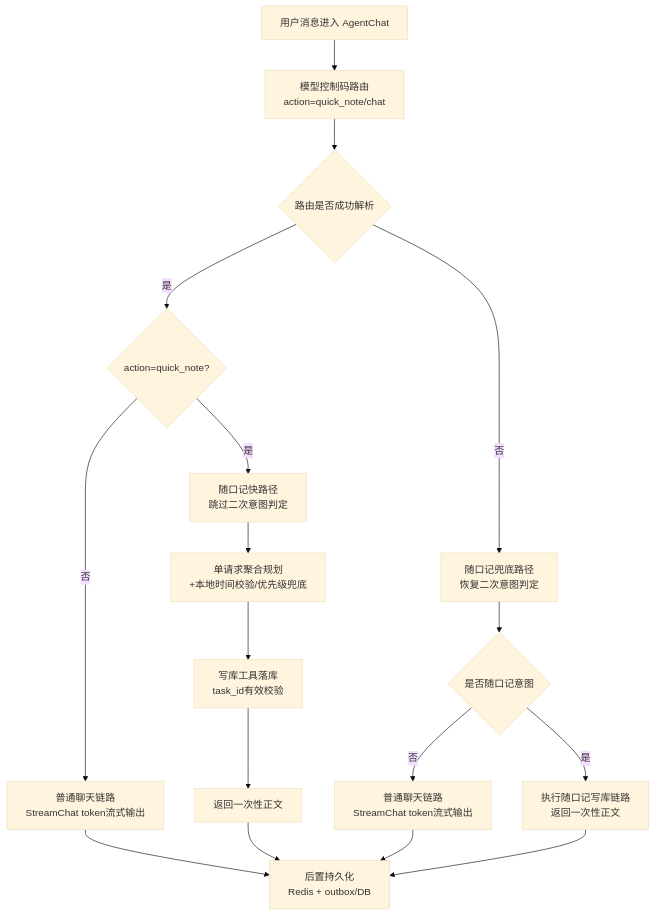
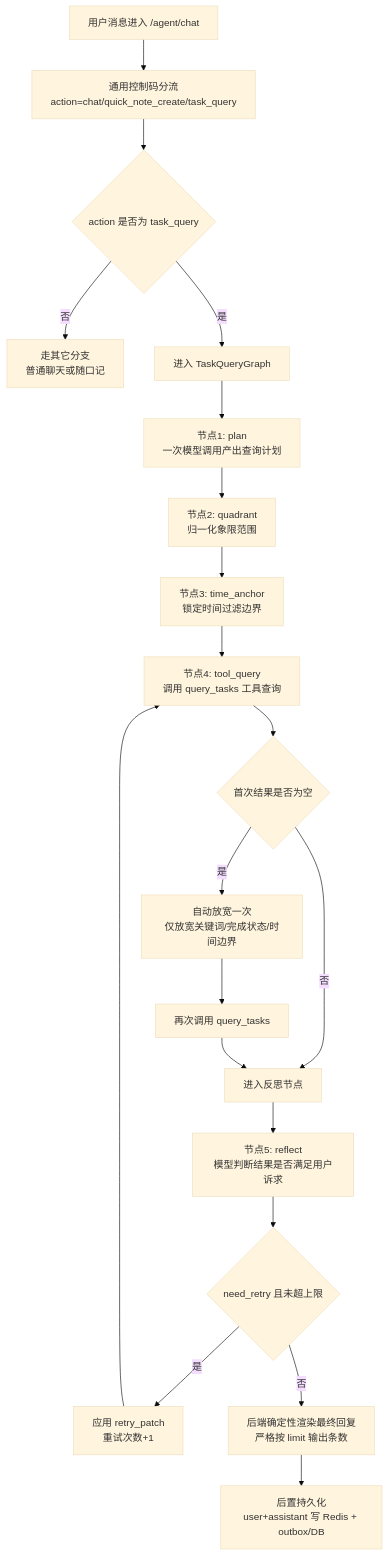
The third of 3 diagrams in README.md (LoveLosita/SmartFlow-Agent), drawn with Mermaid (base theme) before and after one commit. The commit also changed other lines of this file and 15 other files, not shown here.

First line of the commit message:
Version: 0.6.5.dev.260316 ✨ feat(agent): 通用分流接入随口问图编排，修复任务查询条数与重复输出问题

````diff
--- a/README.md
+++ b/README.md
@@ -385,22 +413,22 @@
 ```mermaid
 flowchart TD
-    A[用户消息进入 AgentChat] --> B[模型控制码路由<br/>action=quick_note/chat]
-    B --> C{路由是否成功解析}
-
-    C -- 是 --> D{action=quick_note?}
-    D -- 否 --> E[普通聊天链路<br/>StreamChat token流式输出]
-    D -- 是 --> F[随口记快路径<br/>跳过二次意图判定]
-    F --> G[单请求聚合规划<br/>+本地时间校验/优先级兜底]
-    G --> H[写库工具落库<br/>task_id有效校验]
-    H --> I[返回一次性正文]
-
-    C -- 否 --> J[随口记兜底路径<br/>恢复二次意图判定]
-    J --> K{是否随口记意图}
-    K -- 否 --> L[普通聊天链路<br/>StreamChat token流式输出]
-    K -- 是 --> M[执行随口记写库链路<br/>返回一次性正文]
-
-    E --> Z[后置持久化<br/>Redis + outbox/DB]
-    I --> Z
-    L --> Z
-    M --> Z
+    A["用户消息进入 /agent/chat"] --> B["通用控制码分流<br/>action=chat/quick_note_create/task_query"]
+    B --> C{"action 是否为 task_query"}
+    C -- 否 --> D["走其它分支<br/>普通聊天或随口记"]
+    C -- 是 --> E["进入 TaskQueryGraph"]
+    E --> F["节点1: plan<br/>一次模型调用产出查询计划"]
+    F --> G["节点2: quadrant<br/>归一化象限范围"]
+    G --> H["节点3: time_anchor<br/>锁定时间过滤边界"]
+    H --> I["节点4: tool_query<br/>调用 query_tasks 工具查询"]
+    I --> J{"首次结果是否为空"}
+    J -- 是 --> K["自动放宽一次<br/>仅放宽关键词/完成状态/时间边界"]
+    K --> L["再次调用 query_tasks"]
+    J -- 否 --> M["进入反思节点"]
+    L --> M
+    M --> N["节点5: reflect<br/>模型判断结果是否满足用户诉求"]
+    N --> O{"need_retry 且未超上限"}
+    O -- 是 --> P["应用 retry_patch<br/>重试次数+1"]
+    P --> I
+    O -- 否 --> Q["后端确定性渲染最终回复<br/>严格按 limit 输出条数"]
+    Q --> R["后置持久化<br/>user+assistant 写 Redis + outbox/DB"]
 ```
````
